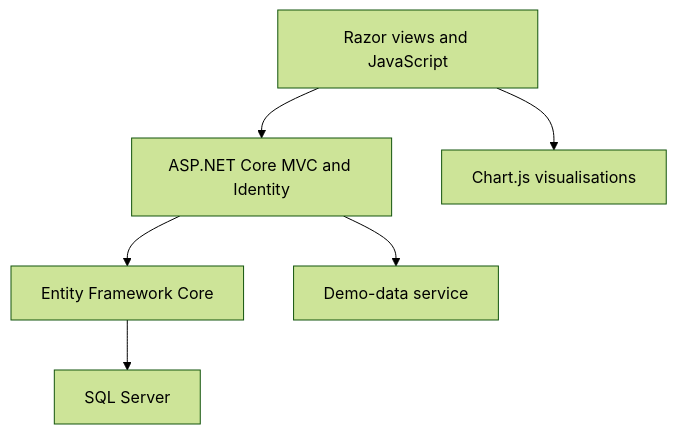
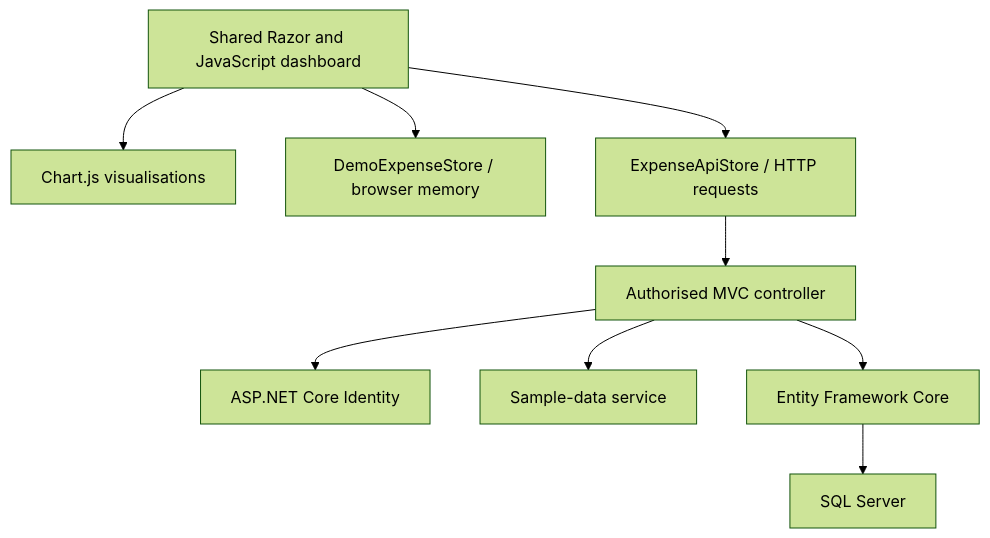
Before and after one commit to DeanProgramming/ExpenseTracker: the diagram in README.md, drawn with Mermaid (forest theme). The commit also changed other lines of this file, not shown here.

````diff
--- a/README.md
+++ b/README.md
@@ -82,8 +99,11 @@
 ```mermaid
 flowchart TD
-    UI["Razor views and JavaScript"] --> Web["ASP.NET Core MVC and Identity"]
-    UI --> Charts["Chart.js visualisations"]
+    UI["Shared Razor and JavaScript dashboard"] --> Charts["Chart.js visualisations"]
+    UI --> Demo["DemoExpenseStore / browser memory"]
+    UI --> Api["ExpenseApiStore / HTTP requests"]
+    Api --> Web["Authorised MVC controller"]
+    Web --> Identity["ASP.NET Core Identity"]
+    Web --> Seed["Sample-data service"]
     Web --> Data["Entity Framework Core"]
-    Web --> Demo["Demo-data service"]
     Data --> DB["SQL Server"]
 ```
````
